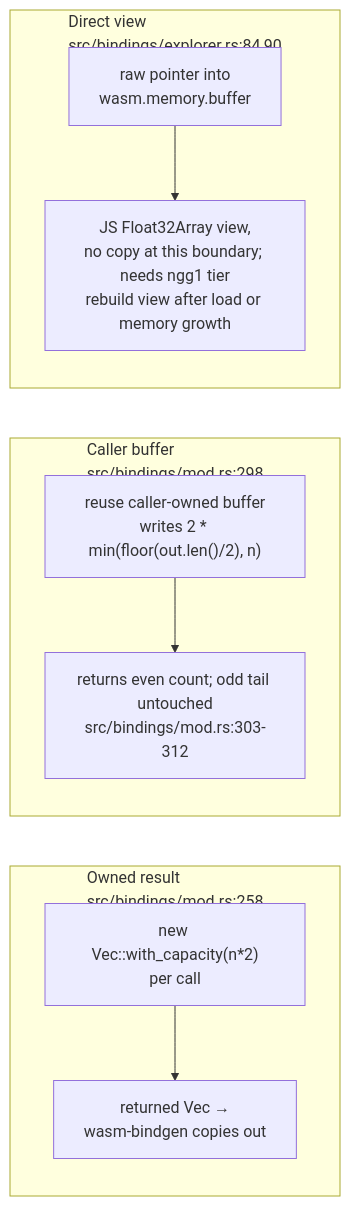
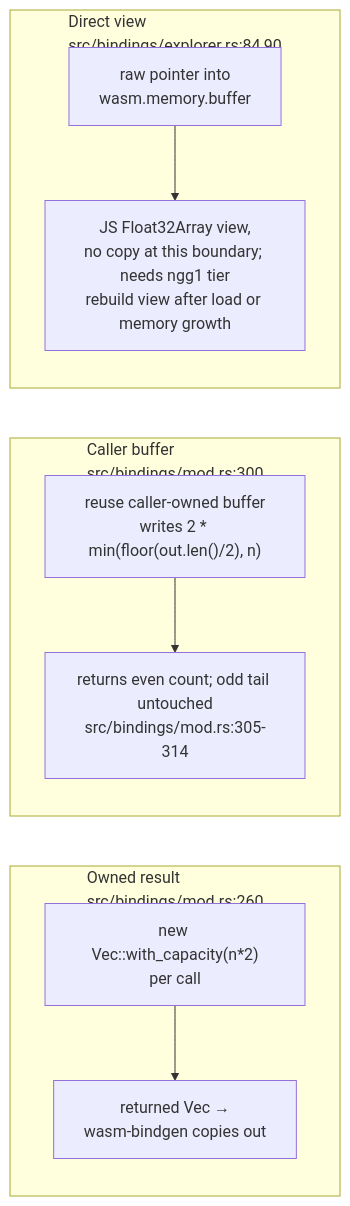
The second of 7 diagrams in docs/diagrams/vowl-wasm/04-js-api-examples-and-consumers.md (DreamLab-AI/VisionFlow), drawn with Mermaid before and after one commit. The commit also changed other lines of this file and 154 other files, not shown here.

First line of the commit message:
docs(diagrams): re-stamp 154 topics whose every citation still reads the same text at the current heads

````diff
--- a/docs/diagrams/vowl-wasm/04-js-api-examples-and-consumers.md
+++ b/docs/diagrams/vowl-wasm/04-js-api-examples-and-consumers.md
@@ -50,12 +50,12 @@
 ```mermaid
 flowchart LR
-    subgraph Alloc["Owned result<br/>src/bindings/mod.rs:258"]
+    subgraph Alloc["Owned result<br/>src/bindings/mod.rs:260"]
         A1["new Vec::with_capacity(n*2)<br/>per call"] --> A2["returned Vec<f32> →<br/>wasm-bindgen copies out"]
     end
-    subgraph Reuse["Caller buffer<br/>src/bindings/mod.rs:298"]
-        B1["reuse caller-owned buffer<br/>writes 2 * min(floor(out.len()/2), n)"] --> B2["returns even count; odd tail untouched<br/>src/bindings/mod.rs:303-312"]
+    subgraph Reuse["Caller buffer<br/>src/bindings/mod.rs:300"]
+        B1["reuse caller-owned buffer<br/>writes 2 * min(floor(out.len()/2), n)"] --> B2["returns even count; odd tail untouched<br/>src/bindings/mod.rs:305-314"]
     end
     subgraph ZeroCopy["Direct view<br/>src/bindings/explorer.rs:84,90"]
         C1["raw pointer into<br/>wasm.memory.buffer"] --> C2["JS Float32Array view,<br/>no copy at this boundary; needs ngg1 tier<br/>rebuild view after load or memory growth"]
     end
 ```
````
